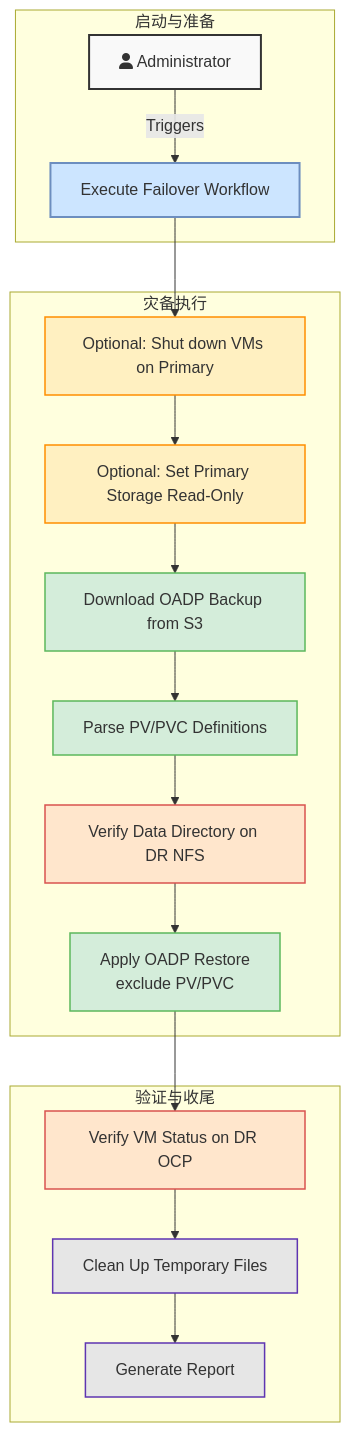
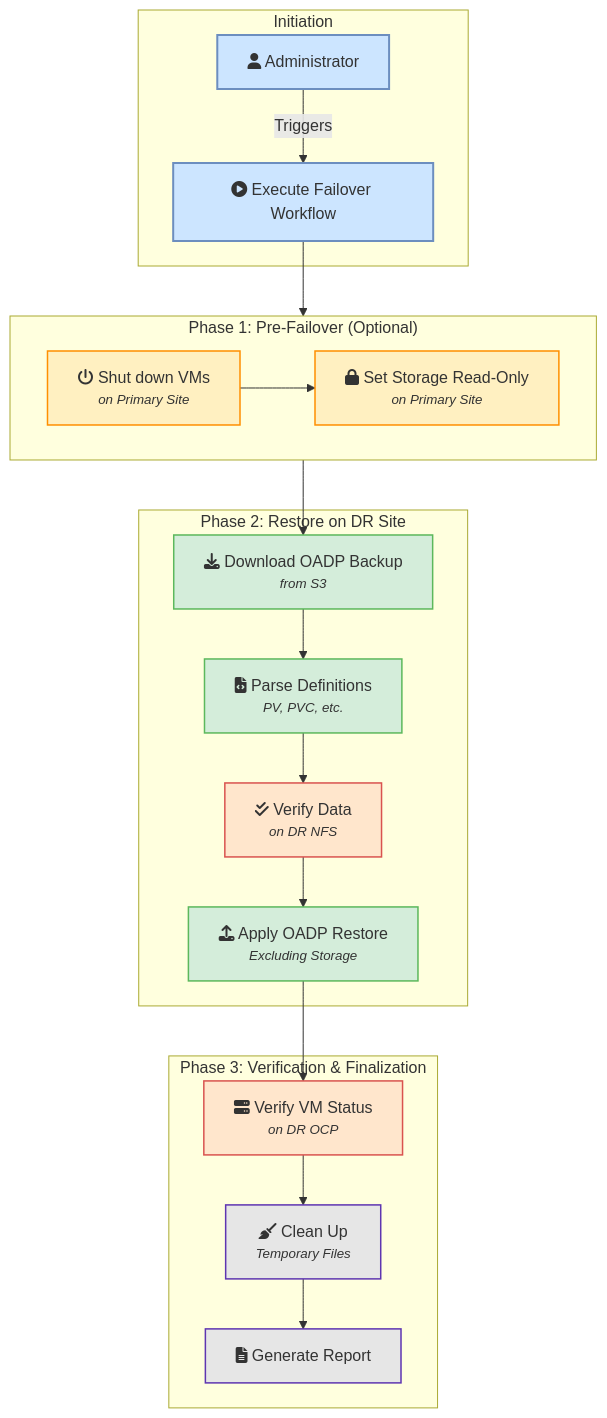
The third of 3 diagrams in planning/ansible-dr-design.md (wangzheng422/ansible-dr-demo), drawn with Mermaid before and after one commit. The commit also changed other lines of this file, not shown here.

````diff
--- a/planning/ansible-dr-design.md
+++ b/planning/ansible-dr-design.md
@@ -126,51 +141,39 @@
 ```mermaid
 graph TD
-    subgraph "启动与准备"
-        Admin["fa:fa-user Administrator"] -- Triggers --> StartWorkflow["Execute Failover Workflow"];
+    subgraph "Initiation"
+        Admin["fa:fa-user Administrator"] -- Triggers --> Start["fa:fa-play-circle Execute Failover Workflow"];
     end
 
-    subgraph "灾备执行"
-        %% direction TD
-        ShutdownVMs["Optional: Shut down VMs on Primary"]
-        StorageRO["Optional: Set Primary Storage Read-Only"]
-        DownloadBackup["Download OADP Backup from S3"]
-        ParseDefs["Parse PV/PVC Definitions"]
-        VerifyData["Verify Data Directory on DR NFS"]
-        ApplyRestore["Apply OADP Restore<br>exclude PV/PVC"]
-    end
-    
-    subgraph "验证与收尾"
-        %% direction TD
-        VerifyVMs["Verify VM Status on DR OCP"]
-        Cleanup["Clean Up Temporary Files"]
-        Report["Generate Report"]
+    subgraph "Phase 1: Pre-Failover (Optional)"
+        direction LR
+        A["fa:fa-power-off Shut down VMs<br><div style='font-size:smaller; font-style:italic'>on Primary Site</div>"]
+        B["fa:fa-lock Set Storage Read-Only<br><div style='font-size:smaller; font-style:italic'>on Primary Site</div>"]
     end
 
-    StartWorkflow --> ShutdownVMs;
-    ShutdownVMs --> StorageRO;
-    StorageRO --> DownloadBackup;
-    DownloadBackup --> ParseDefs;
-    ParseDefs --> VerifyData;
-    VerifyData --> ApplyRestore;
-    ApplyRestore --> VerifyVMs;
-    VerifyVMs --> Cleanup;
-    Cleanup --> Report;
+    subgraph "Phase 2: Restore on DR Site"
+        C["fa:fa-download Download OADP Backup<br><div style='font-size:smaller; font-style:italic'>from S3</div>"]
+        D["fa:fa-file-code Parse Definitions<br><div style='font-size:smaller; font-style:italic'>PV, PVC, etc.</div>"]
+        E["fa:fa-check-double Verify Data<br><div style='font-size:smaller; font-style:italic'>on DR NFS</div>"]
+        F["fa:fa-upload Apply OADP Restore<br><div style='font-size:smaller; font-style:italic'>Excluding Storage</div>"]
+    end
 
-    %% Styling
-    %% Phase 1: Initiation
-    style Admin fill:#f9f9f9,stroke:#333,stroke-width:2px
-    style StartWorkflow fill:#cce5ff,stroke:#6c8ebf,stroke-width:2px
-    
-    %% Phase 2: Execution
-    style ShutdownVMs fill:#fff0c1,stroke:#ff8f00,stroke-width:1.5px
-    style StorageRO fill:#fff0c1,stroke:#ff8f00,stroke-width:1.5px
-    style DownloadBackup fill:#d4edda,stroke:#5cb85c,stroke-width:1.5px
-    style ParseDefs fill:#d4edda,stroke:#5cb85c,stroke-width:1.5px
-    style VerifyData fill:#ffe6cc,stroke:#d9534f,stroke-width:1.5px
-    style ApplyRestore fill:#d4edda,stroke:#5cb85c,stroke-width:1.5px
+    subgraph "Phase 3: Verification & Finalization"
+        G["fa:fa-server Verify VM Status<br><div style='font-size:smaller; font-style:italic'>on DR OCP</div>"]
+        H["fa:fa-broom Clean Up<br><div style='font-size:smaller; font-style:italic'>Temporary Files</div>"]
+        I["fa:fa-file-alt Generate Report"]
+    end
 
-    %% Phase 3: Verification & Finalization
-    style VerifyVMs fill:#ffe6cc,stroke:#d9534f,stroke-width:1.5px
-    style Cleanup fill:#e6e6e6,stroke:#5e35b1,stroke-width:1.5px
-    style Report fill:#e6e6e6,stroke:#5e35b1,stroke-width:1.5px
+    Start --> A --> B --> C --> D --> E --> F --> G --> H --> I;
+
+    classDef initiation fill:#cce5ff,stroke:#6c8ebf,stroke-width:2px;
+    classDef pre_failover fill:#fff0c1,stroke:#ff8f00,stroke-width:1.5px;
+    classDef restore fill:#d4edda,stroke:#5cb85c,stroke-width:1.5px;
+    classDef verification fill:#e6e6e6,stroke:#5e35b1,stroke-width:1.5px;
+    classDef critical_check fill:#ffe6cc,stroke:#d9534f,stroke-width:1.5px;
+
+    class Admin,Start initiation;
+    class A,B pre_failover;
+    class C,D,F restore;
+    class E,G critical_check;
+    class H,I verification;
 ```
````
